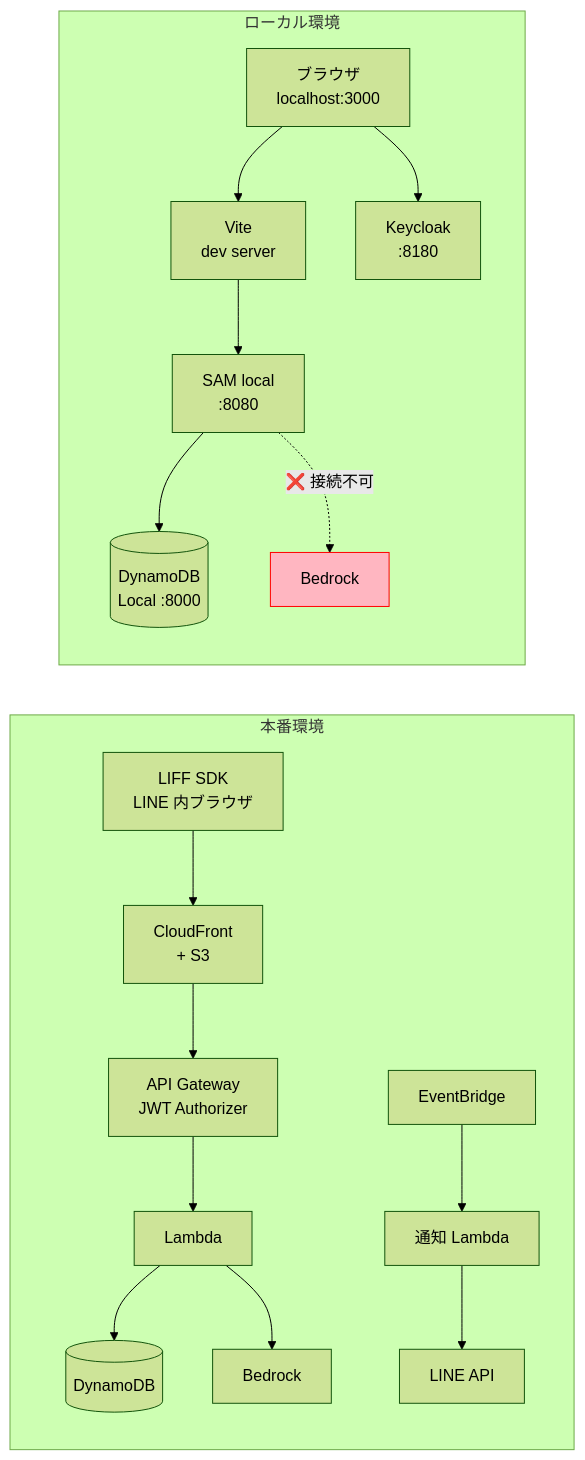
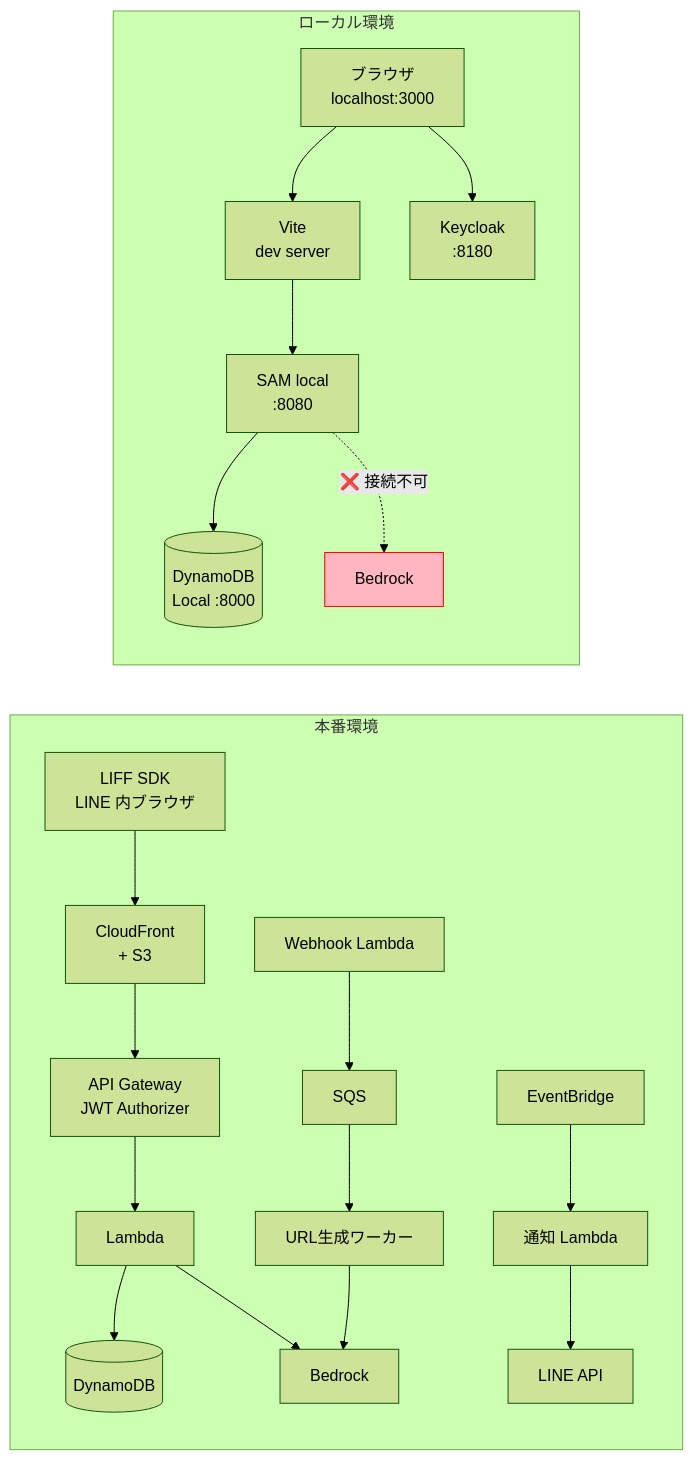
Diagram 11 of 11 in docs/system-overview.md (mozuq-lab/memoru-liff), drawn with Mermaid (forest theme) before and after one commit. The commit also changed other lines of this file, not shown here.

````diff
--- a/docs/system-overview.md
+++ b/docs/system-overview.md
@@ -491,22 +661,25 @@
 ```mermaid
 flowchart LR
     subgraph 本番環境
         LIFF_P[LIFF SDK<br/>LINE 内ブラウザ] --> CF[CloudFront<br/>+ S3]
         CF --> APIGW[API Gateway<br/>JWT Authorizer]
         APIGW --> Lambda[Lambda]
         Lambda --> DDB_P[(DynamoDB)]
         Lambda --> Bedrock_P[Bedrock]
+        WH_P[Webhook Lambda] --> SQS_P[SQS]
+        SQS_P --> Worker_P[URL生成ワーカー]
+        Worker_P --> Bedrock_P
         EB_P[EventBridge] --> Lambda_N[通知 Lambda]
         Lambda_N --> LINE_P[LINE API]
     end
 
     subgraph ローカル環境
         Browser_L[ブラウザ<br/>localhost:3000] --> Vite_L[Vite<br/>dev server]
         Vite_L --> SAM[SAM local<br/>:8080]
         SAM --> DDB_L[(DynamoDB<br/>Local :8000)]
         SAM -.->|❌ 接続不可| Bedrock_L[Bedrock]
         Browser_L --> KC[Keycloak<br/>:8180]
     end
 
     style Bedrock_L fill:#FFB6C1,stroke:#FF0000
 ```
````
